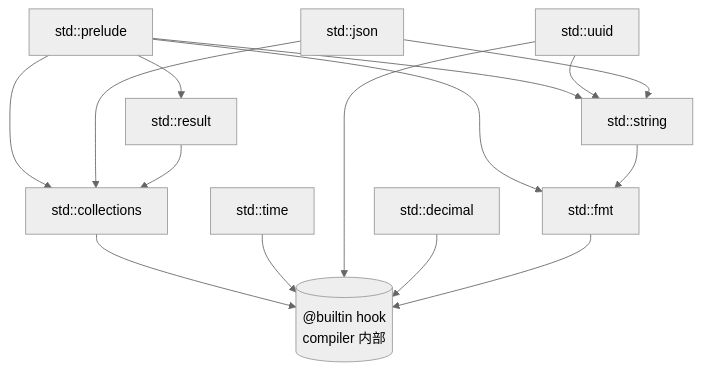
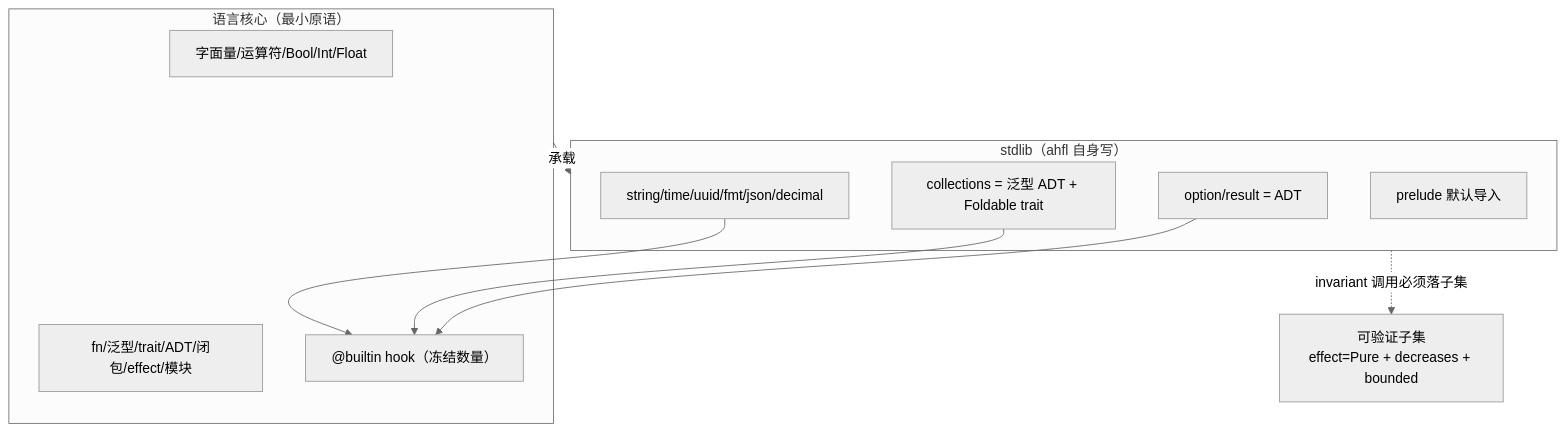
One commit to Zzzode/AHFL changed the first of 2 diagrams in docs/design/corelib-rfc.zh.md. Above: the diagram before and after it, drawn with Mermaid (neutral theme). The commit also changed other lines of this file, not shown here.

````diff
--- a/docs/design/corelib-rfc.zh.md
+++ b/docs/design/corelib-rfc.zh.md
@@ -404,28 +154,19 @@
 ```mermaid
 graph TD
-    prelude["std::prelude"]
-    collections["std::collections"]
-    string["std::string"]
-    time["std::time"]
-    uuid["std::uuid"]
-    fmt["std::fmt"]
-    json["std::json"]
-    decimal["std::decimal"]
-    result["std::result"]
-    builtin[("@builtin hook<br/>compiler 内部")]
-
-    prelude --> collections
-    prelude --> string
-    prelude --> fmt
-    prelude --> result
-    collections --> builtin
-    string --> fmt
-    time --> builtin
-    uuid --> builtin
-    uuid --> string
-    json --> string
-    json --> collections
-    decimal --> builtin
-    fmt --> builtin
-    result --> collections
+    subgraph Core["语言核心（最小原语）"]
+        C1["字面量/运算符/Bool/Int/Float"]
+        C2["fn/泛型/trait/ADT/闭包/effect/模块"]
+        C3["@builtin hook（冻结数量）"]
+    end
+    subgraph Std["stdlib（ahfl 自身写）"]
+        S1["option/result = ADT"]
+        S2["collections = 泛型 ADT + Foldable trait"]
+        S3["string/time/uuid/fmt/json/decimal"]
+        S4["prelude 默认导入"]
+    end
+    S1 --> C3
+    S2 --> C3
+    S3 --> C3
+    Std -.->|"invariant 调用必须落子集"| V["可验证子集<br/>effect=Pure + decreases + bounded"]
+    Core -->|"承载"| Std
 ```
````
